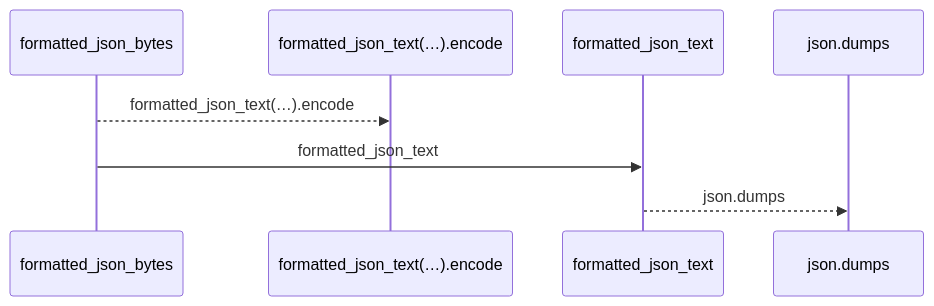
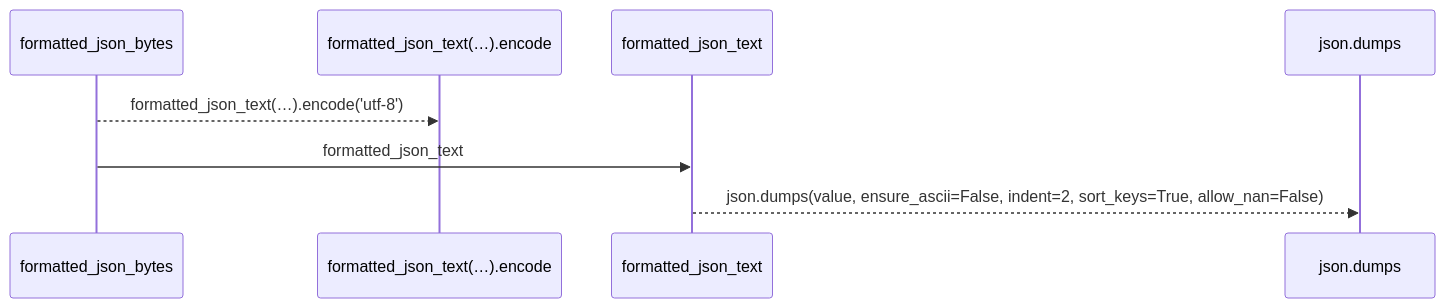
One commit to Denissvgn/python-wiki-llm changed the first of 2 diagrams in docs/llm_wiki/flows/api-formatted_json_bytes.md. Above: the diagram before and after it, drawn with Mermaid. The commit also changed other lines of this file and 1410 other files, not shown here.

````diff
--- a/docs/llm_wiki/flows/api-formatted_json_bytes.md
+++ b/docs/llm_wiki/flows/api-formatted_json_bytes.md
@@ -10,10 +12,10 @@
 ```mermaid
 sequenceDiagram
     participant p0 as formatted_json_bytes
     participant p1 as formatted_json_text(…).encode
     participant p2 as formatted_json_text
     participant p3 as json.dumps
-    p0-->>p1: formatted_json_text(…).encode
+    p0-->>p1: formatted_json_text(…).encode('utf-8')
     p0->>p2: formatted_json_text
-    p2-->>p3: json.dumps
+    p2-->>p3: json.dumps(value, ensure_ascii=False, indent=2, sort_keys=True, allow_nan=False)
 ```
````
